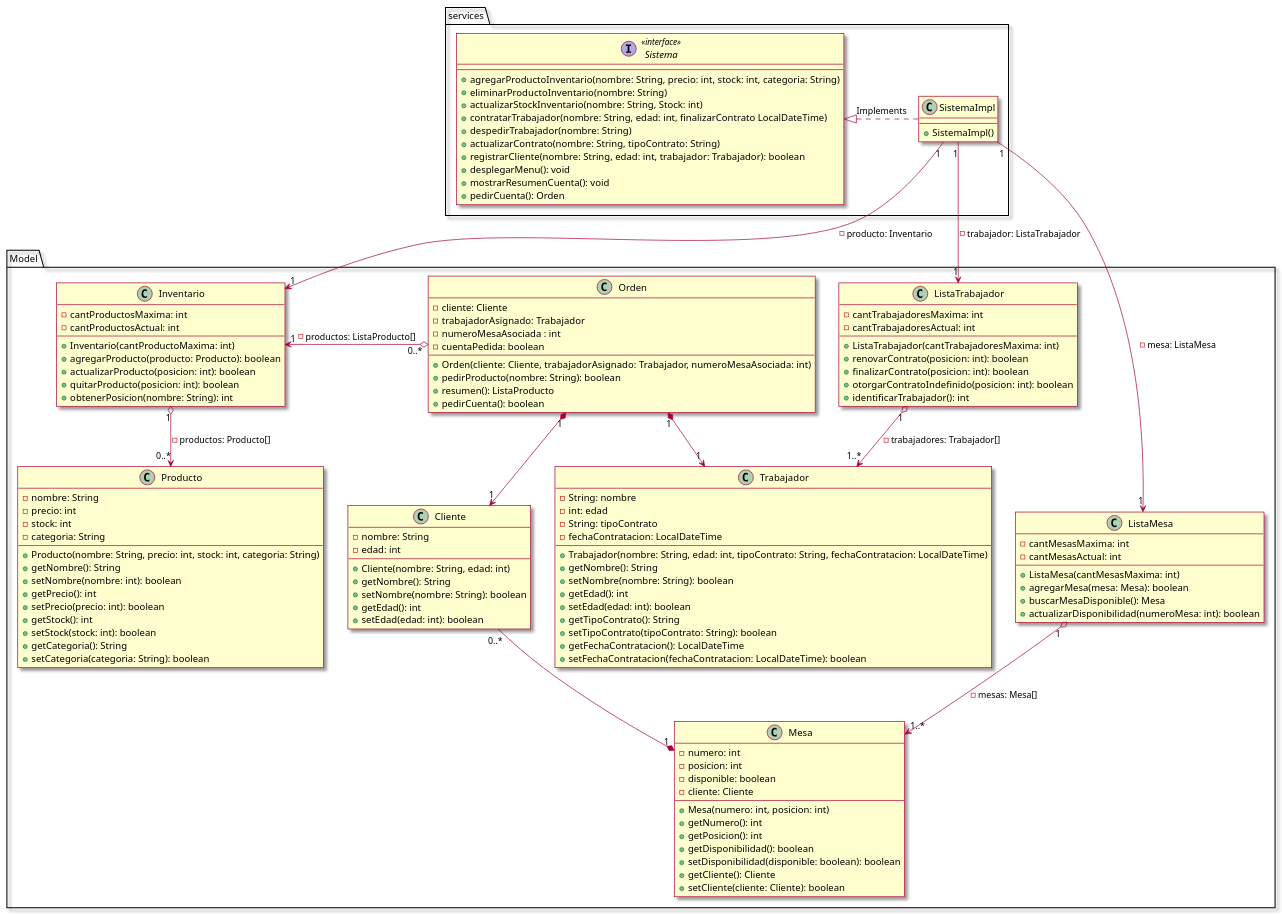
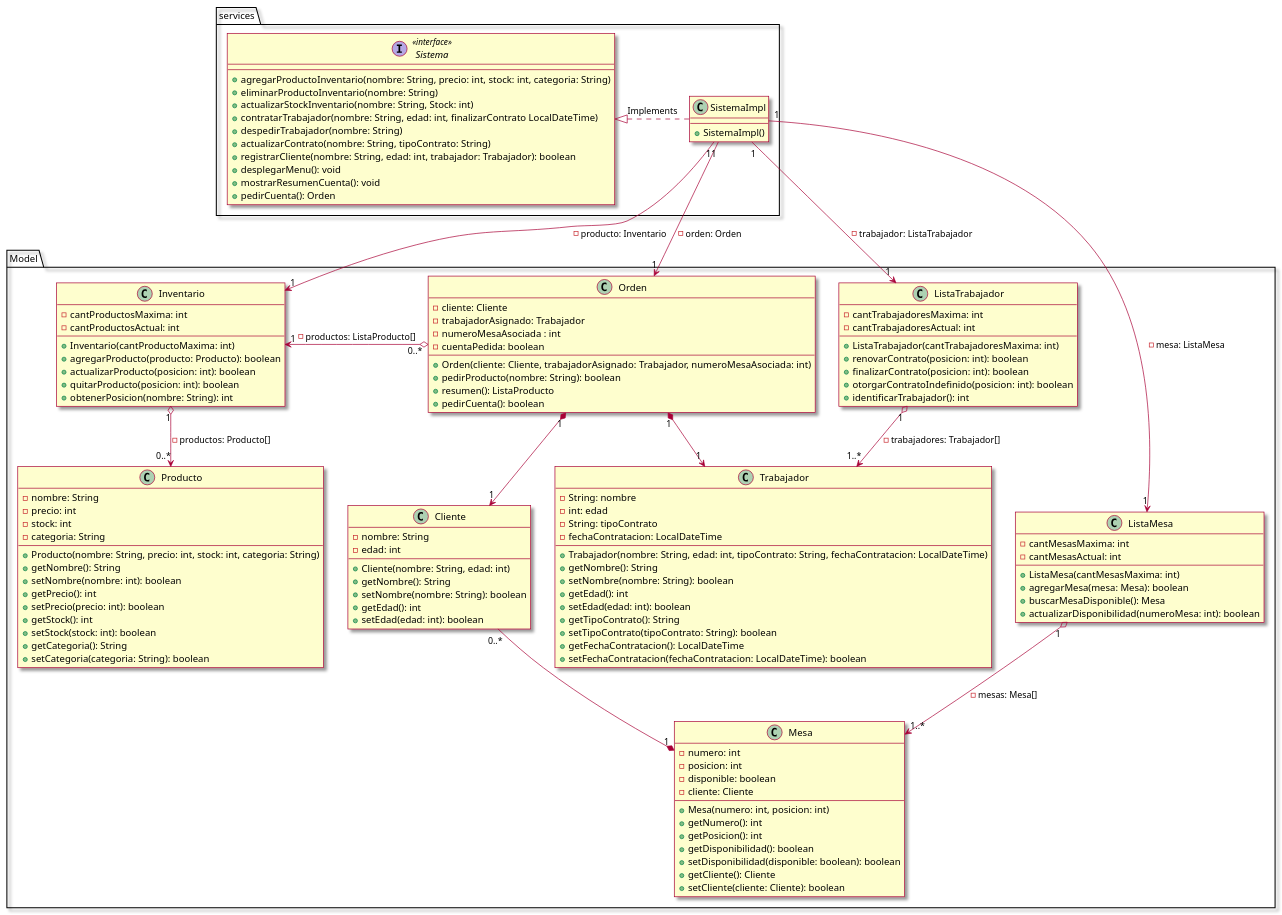
Before and after one commit to DanielDiazVargas/Prog.Av._Taller-1: the diagram in src/Diagrama_Clases.puml, drawn with PlantUML. The commit also changed 1 other file, not shown here.

```diff
--- a/src/Diagrama_Clases.puml
+++ b/src/Diagrama_Clases.puml
@@ -1,158 +1,159 @@
 @startuml
 skin rose
 
 package "services" {
 
     interface Sistema <<interface>> {
 
         +agregarProductoInventario(nombre: String, precio: int, stock: int, categoria: String)
         +eliminarProductoInventario(nombre: String)
         +actualizarStockInventario(nombre: String, Stock: int)
         +contratarTrabajador(nombre: String, edad: int, finalizarContrato LocalDateTime)
         +despedirTrabajador(nombre: String)
         +actualizarContrato(nombre: String, tipoContrato: String)
         +registrarCliente(nombre: String, edad: int, trabajador: Trabajador): boolean
         +desplegarMenu(): void
         +mostrarResumenCuenta(): void
         +pedirCuenta(): Orden
 
     }
 
     class SistemaImpl{
 
         +SistemaImpl()
     }
 
     Sistema <|.right. SistemaImpl: Implements
 }
 
 
 package "Model" {
 
     class Orden {
 
         -cliente: Cliente
         -trabajadorAsignado: Trabajador
         -numeroMesaAsociada : int
         -cuentaPedida: boolean
 
         +Orden(cliente: Cliente, trabajadorAsignado: Trabajador, numeroMesaAsociada: int)
         +pedirProducto(nombre: String): boolean
         +resumen(): ListaProducto
         +pedirCuenta(): boolean
     }
 
     Orden "0..*" o-left-> "1" Inventario: -productos: ListaProducto[]
     Orden "1" *--> "1" Cliente
     Orden "1" *--> "1" Trabajador
+    SistemaImpl "1" --> "1" Orden: -orden: Orden
 
     class ListaMesa {
 
         -cantMesasMaxima: int
         -cantMesasActual: int
 
         +ListaMesa(cantMesasMaxima: int)
         +agregarMesa(mesa: Mesa): boolean
         +buscarMesaDisponible(): Mesa
         +actualizarDisponibilidad(numeroMesa: int): boolean
     }
 
     class Mesa {
 
         -numero: int
         -posicion: int
         -disponible: boolean
         -cliente: Cliente
 
         +Mesa(numero: int, posicion: int)
         +getNumero(): int
         +getPosicion(): int
         +getDisponibilidad(): boolean
         +setDisponibilidad(disponible: boolean): boolean
         +getCliente(): Cliente
         +setCliente(cliente: Cliente): boolean
     }
 
     class Cliente {
 
         -nombre: String
         -edad: int
 
         +Cliente(nombre: String, edad: int)
         +getNombre(): String
         +setNombre(nombre: String): boolean
         +getEdad(): int
         +setEdad(edad: int): boolean
     }
 
     Mesa "1" *-up- "0..*" Cliente
     ListaMesa "1" o--> "1..*" Mesa: -mesas: Mesa[]
     SistemaImpl "1" --> "1" ListaMesa: -mesa: ListaMesa
 
     class ListaTrabajador {
 
         -cantTrabajadoresMaxima: int
         -cantTrabajadoresActual: int
 
         +ListaTrabajador(cantTrabajadoresMaxima: int)
         +renovarContrato(posicion: int): boolean
         +finalizarContrato(posicion: int): boolean
         +otorgarContratoIndefinido(posicion: int): boolean
         +identificarTrabajador(): int
     }
 
     class Trabajador {
 
         -String: nombre
         -int: edad
         -String: tipoContrato
         -fechaContratacion: LocalDateTime
 
         +Trabajador(nombre: String, edad: int, tipoContrato: String, fechaContratacion: LocalDateTime)
         +getNombre(): String
         +setNombre(nombre: String): boolean
         +getEdad(): int
         +setEdad(edad: int): boolean
         +getTipoContrato(): String
         +setTipoContrato(tipoContrato: String): boolean
         +getFechaContratacion(): LocalDateTime
         +setFechaContratacion(fechaContratacion: LocalDateTime): boolean
     }
 
     ListaTrabajador "1" o--> "1..*" Trabajador: -trabajadores: Trabajador[]
     SistemaImpl "1" --> "1" ListaTrabajador: -trabajador: ListaTrabajador
 
     class Inventario {
 
             -cantProductosMaxima: int
             -cantProductosActual: int
 
             +Inventario(cantProductoMaxima: int)
             +agregarProducto(producto: Producto): boolean
             +actualizarProducto(posicion: int): boolean
             +quitarProducto(posicion: int): boolean
             +obtenerPosicion(nombre: String): int
         }
 
         class Producto {
 
             -nombre: String
             -precio: int
             -stock: int
             -categoria: String
 
             +Producto(nombre: String, precio: int, stock: int, categoria: String)
             +getNombre(): String
             +setNombre(nombre: int): boolean
             +getPrecio(): int
             +setPrecio(precio: int): boolean
             +getStock(): int
             +setStock(stock: int): boolean
             +getCategoria(): String
             +setCategoria(categoria: String): boolean
         }
 
         Inventario "1" o--> "0..*" Producto: -productos: Producto[]
         SistemaImpl "1" --> "1" Inventario: -producto: Inventario
 }
 @enduml
```
